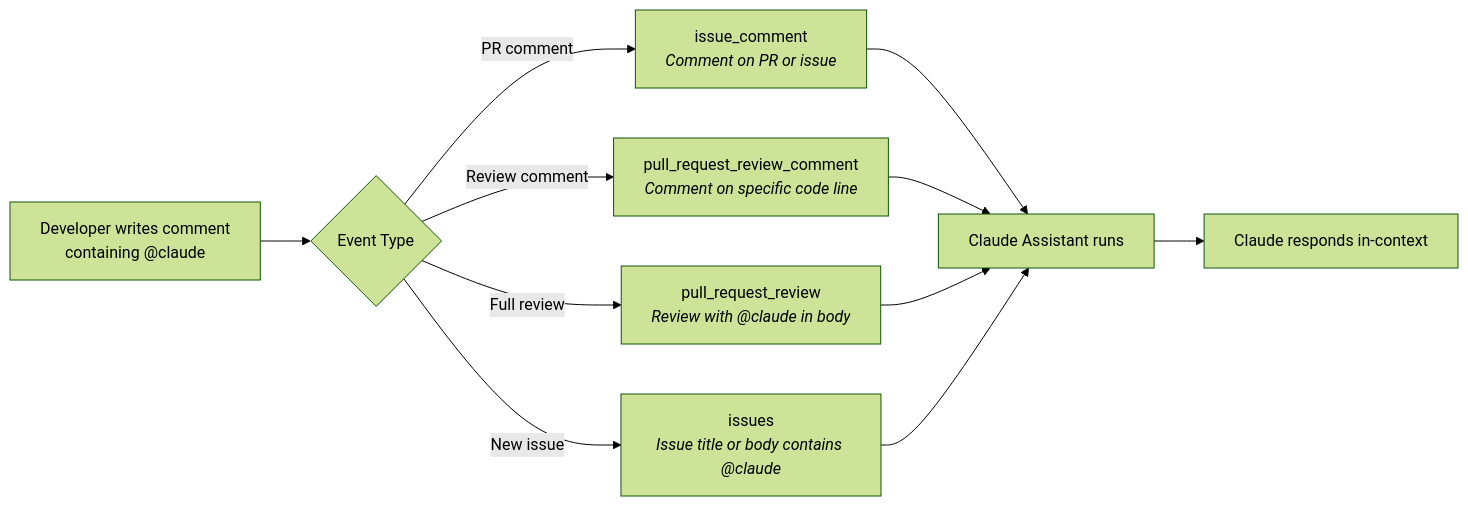
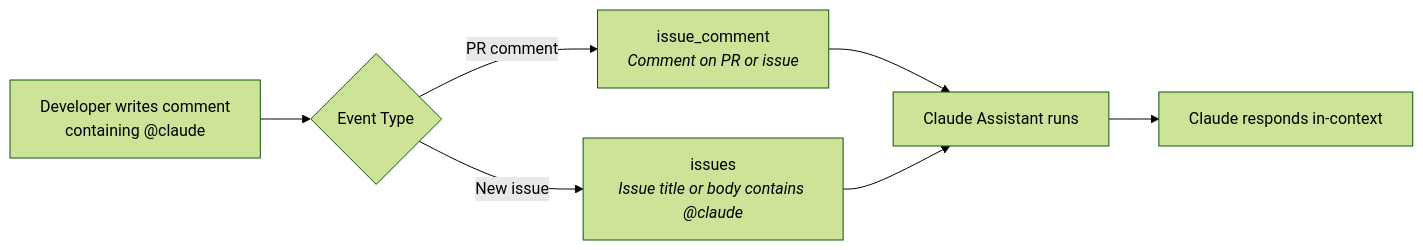
One commit to kojder/bill-manager-actions changed the diagram in wiki/pages/07-Interactive-Claude-Assistant.md. Above: the diagram before and after it, drawn with Mermaid (forest theme). The commit also changed other lines of this file and 3 other files, not shown here.

````diff
--- a/wiki/pages/07-Interactive-Claude-Assistant.md
+++ b/wiki/pages/07-Interactive-Claude-Assistant.md
@@ -32,15 +32,11 @@
 ```mermaid
 graph LR
     DEV["Developer writes comment<br/>containing @claude"] --> EVENT{"Event Type"}
 
     EVENT -->|"PR comment"| IC["issue_comment<br/><i>Comment on PR or issue</i>"]
-    EVENT -->|"Review comment"| RC["pull_request_review_comment<br/><i>Comment on specific code line</i>"]
-    EVENT -->|"Full review"| RV["pull_request_review<br/><i>Review with @claude in body</i>"]
     EVENT -->|"New issue"| IS["issues<br/><i>Issue title or body contains @claude</i>"]
 
     IC --> CLAUDE["Claude Assistant runs"]
-    RC --> CLAUDE
-    RV --> CLAUDE
     IS --> CLAUDE
     CLAUDE --> RESPONSE["Claude responds in-context"]
 ```
````
